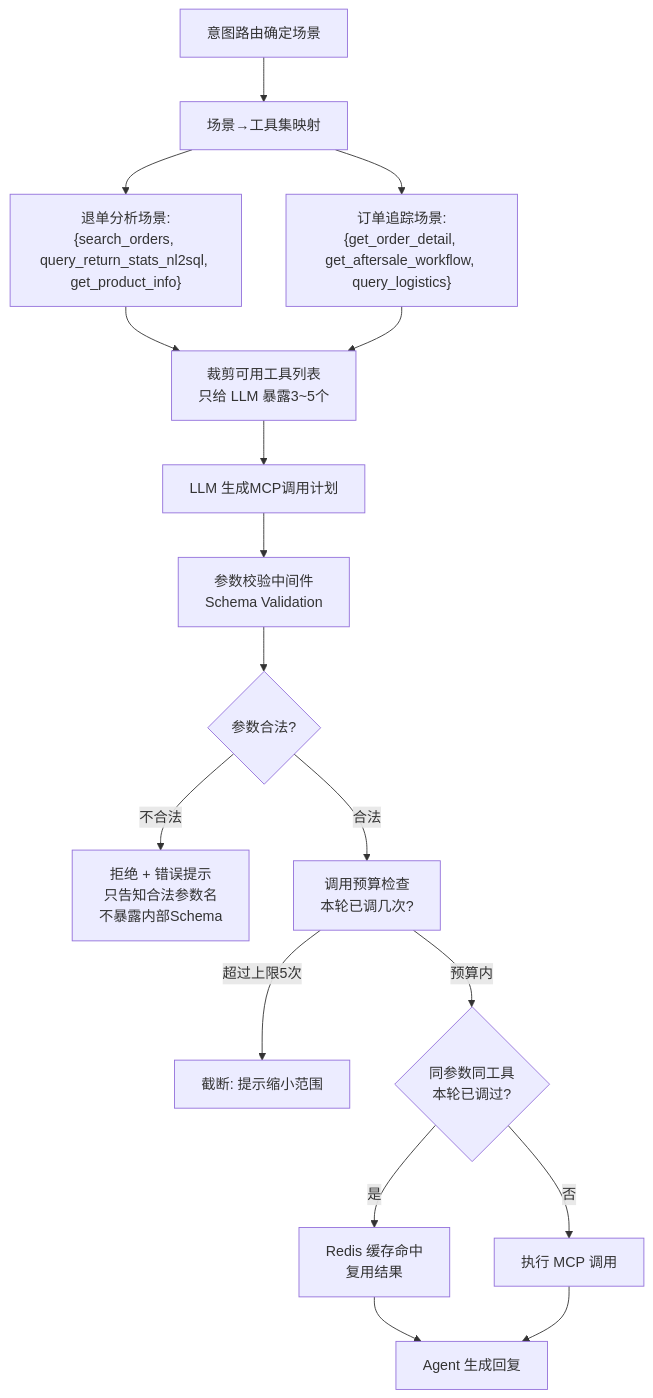
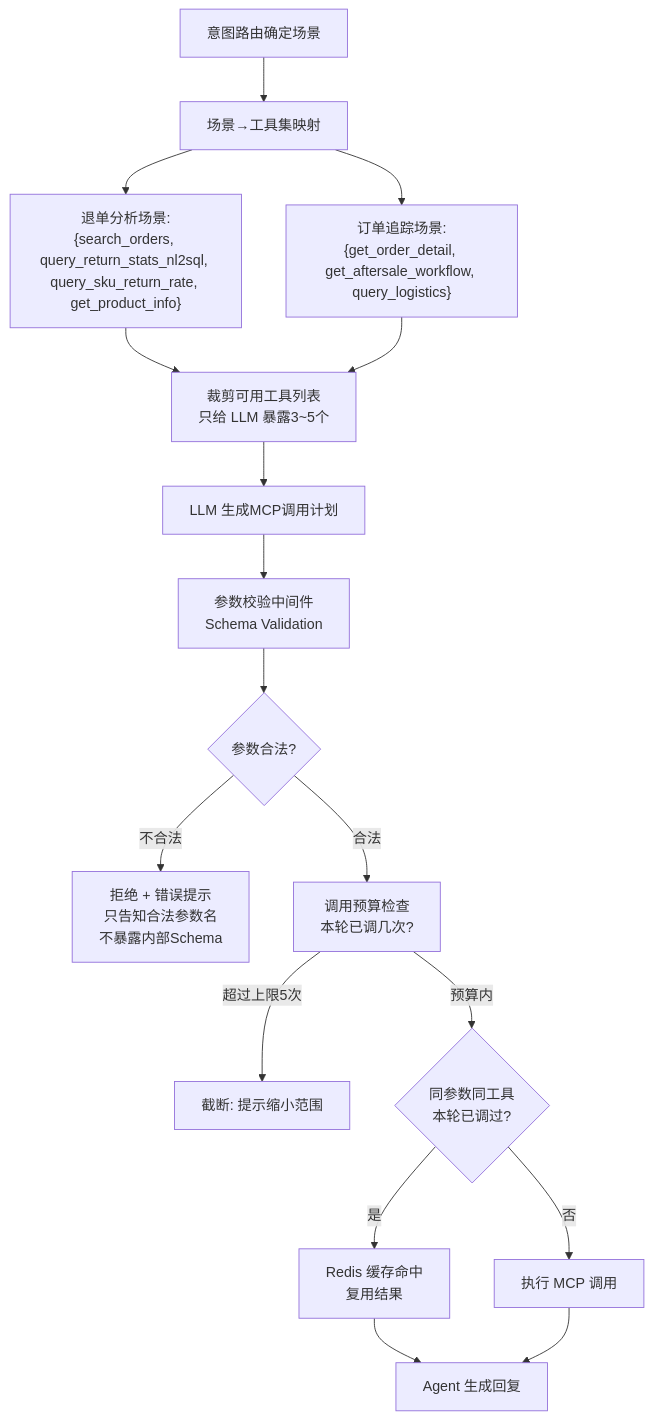
Before and after one commit to Ctrauuu/after_sales_agent: the diagram in docs/05-技术重难点/05o-Agent行为控制与Tools调用优化.md, drawn with Mermaid. The commit also changed other lines of this file and 59 other files, not shown here.

````diff
--- a/docs/05-技术重难点/05o-Agent行为控制与Tools调用优化.md
+++ b/docs/05-技术重难点/05o-Agent行为控制与Tools调用优化.md
@@ -26,19 +26,19 @@
 ```mermaid
 flowchart TD
     A[意图路由确定场景] --> B[场景→工具集映射]
-    B --> C["退单分析场景:<br/>{search_orders, query_return_stats_nl2sql, get_product_info}"]
+    B --> C["退单分析场景:<br/>{search_orders, query_return_stats_nl2sql, query_sku_return_rate, get_product_info}"]
     B --> D["订单追踪场景:<br/>{get_order_detail, get_aftersale_workflow, query_logistics}"]
     C --> E[裁剪可用工具列表<br/>只给 LLM 暴露3~5个]
     D --> E
     E --> F[LLM 生成MCP调用计划]
     F --> G[参数校验中间件<br/>Schema Validation]
     G --> H{参数合法?}
     H -->|不合法| I[拒绝 + 错误提示<br/>只告知合法参数名<br/>不暴露内部Schema]
     H -->|合法| J[调用预算检查<br/>本轮已调几次?]
     J -->|超过上限5次| K[截断: 提示缩小范围]
     J -->|预算内| L{同参数同工具<br/>本轮已调过?}
     L -->|是| M[Redis 缓存命中<br/>复用结果]
     L -->|否| N[执行 MCP 调用]
     M --> O[Agent 生成回复]
     N --> O
 ```
````
